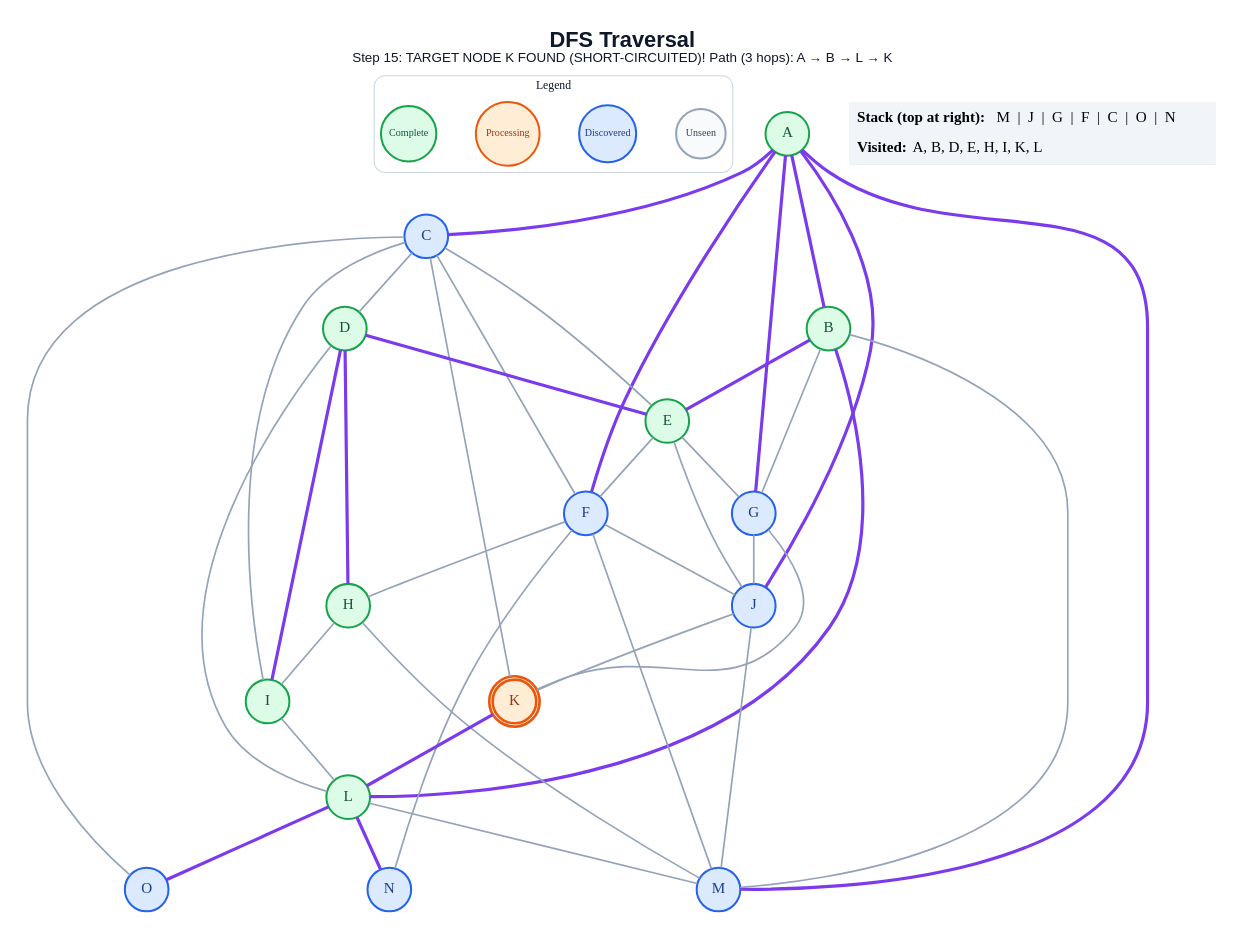
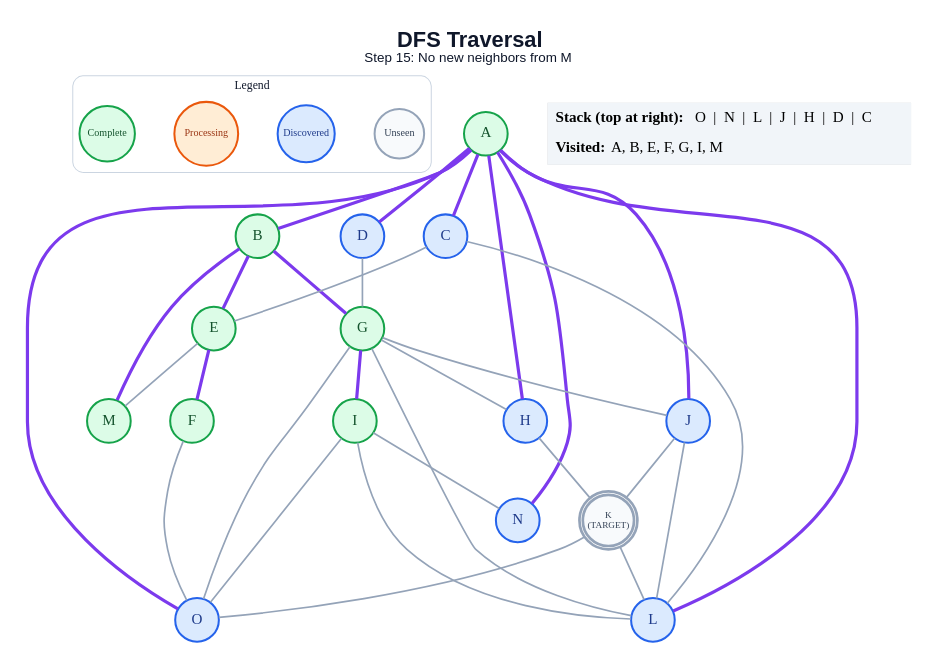
One commit to anon7238593-create/ai-slop changed the diagram in generated/short-circuit/dfs/step_15.dot. Above: the diagram before and after it, drawn with Graphviz. The commit also changed 288 other files, not shown here.

```diff
--- a/generated/short-circuit/dfs/step_15.dot
+++ b/generated/short-circuit/dfs/step_15.dot
@@ -1,72 +1,64 @@
 graph traversal {
   graph [layout=dot, rankdir=TB, bgcolor="#FFFFFF", pad="0.35", nodesep="0.65", ranksep="0.8", fontname="Arial"];
   node [shape=circle, style="filled", fontname="Arial Bold", fontsize=18, width=0.72, fixedsize=true, penwidth=2.4];
   edge [color="#94A3B8", penwidth=2.0];
-  label=<<B>DFS Traversal</B><BR/><FONT POINT-SIZE="16">Step 15: TARGET NODE K FOUND (SHORT-CIRCUITED)! Path (3 hops): A → B → L → K</FONT>>; labelloc="t"; fontsize=26; fontname="Arial"; fontcolor="#0F172A";
+  label=<<B>DFS Traversal</B><BR/><FONT POINT-SIZE="16">Step 15: No new neighbors from M</FONT>>; labelloc="t"; fontsize=26; fontname="Arial"; fontcolor="#0F172A";
   subgraph cluster_legend { label="Legend"; color="#CBD5E1"; penwidth=1.2; style="rounded"; fontsize=14; fontname="Arial Bold";
     key_unseen [label="Unseen", fillcolor="#F8FAFC", color="#94A3B8", fontcolor="#334155", fontsize=12, width=0.82];
     key_frontier [label="Discovered", fillcolor="#DBEAFE", color="#2563EB", fontcolor="#1E3A8A", fontsize=12, width=0.95];
     key_current [label="Processing", fillcolor="#FFEDD5", color="#EA580C", fontcolor="#9A3412", fontsize=12, width=1.05];
     key_done [label="Complete", fillcolor="#DCFCE7", color="#16A34A", fontcolor="#14532D", fontsize=12, width=0.92];
     { rank=same; key_unseen; key_frontier; key_current; key_done; }
   }
   A [label="A", fillcolor="#DCFCE7", color="#16A34A", fontcolor="#14532D", peripheries=1, penwidth=2.4];
   B [label="B", fillcolor="#DCFCE7", color="#16A34A", fontcolor="#14532D", peripheries=1, penwidth=2.4];
   C [label="C", fillcolor="#DBEAFE", color="#2563EB", fontcolor="#1E3A8A", peripheries=1, penwidth=2.4];
-  D [label="D", fillcolor="#DCFCE7", color="#16A34A", fontcolor="#14532D", peripheries=1, penwidth=2.4];
+  D [label="D", fillcolor="#DBEAFE", color="#2563EB", fontcolor="#1E3A8A", peripheries=1, penwidth=2.4];
   E [label="E", fillcolor="#DCFCE7", color="#16A34A", fontcolor="#14532D", peripheries=1, penwidth=2.4];
-  F [label="F", fillcolor="#DBEAFE", color="#2563EB", fontcolor="#1E3A8A", peripheries=1, penwidth=2.4];
-  G [label="G", fillcolor="#DBEAFE", color="#2563EB", fontcolor="#1E3A8A", peripheries=1, penwidth=2.4];
-  H [label="H", fillcolor="#DCFCE7", color="#16A34A", fontcolor="#14532D", peripheries=1, penwidth=2.4];
+  F [label="F", fillcolor="#DCFCE7", color="#16A34A", fontcolor="#14532D", peripheries=1, penwidth=2.4];
+  G [label="G", fillcolor="#DCFCE7", color="#16A34A", fontcolor="#14532D", peripheries=1, penwidth=2.4];
+  H [label="H", fillcolor="#DBEAFE", color="#2563EB", fontcolor="#1E3A8A", peripheries=1, penwidth=2.4];
   I [label="I", fillcolor="#DCFCE7", color="#16A34A", fontcolor="#14532D", peripheries=1, penwidth=2.4];
   J [label="J", fillcolor="#DBEAFE", color="#2563EB", fontcolor="#1E3A8A", peripheries=1, penwidth=2.4];
-  K [label="K", fillcolor="#FFEDD5", color="#EA580C", fontcolor="#9A3412", peripheries=2, penwidth=3.2];
-  L [label="L", fillcolor="#DCFCE7", color="#16A34A", fontcolor="#14532D", peripheries=1, penwidth=2.4];
-  M [label="M", fillcolor="#DBEAFE", color="#2563EB", fontcolor="#1E3A8A", peripheries=1, penwidth=2.4];
+  K [label="K\n(TARGET)", fillcolor="#F8FAFC", color="#94A3B8", fontcolor="#334155", peripheries=2, penwidth=3.2, fontsize=11, width=0.85, height=0.85];
+  L [label="L", fillcolor="#DBEAFE", color="#2563EB", fontcolor="#1E3A8A", peripheries=1, penwidth=2.4];
+  M [label="M", fillcolor="#DCFCE7", color="#16A34A", fontcolor="#14532D", peripheries=1, penwidth=2.4];
   N [label="N", fillcolor="#DBEAFE", color="#2563EB", fontcolor="#1E3A8A", peripheries=1, penwidth=2.4];
   O [label="O", fillcolor="#DBEAFE", color="#2563EB", fontcolor="#1E3A8A", peripheries=1, penwidth=2.4];
   A -- B [color="#7C3AED", penwidth=3.8];
   A -- C [color="#7C3AED", penwidth=3.8];
-  A -- F [color="#7C3AED", penwidth=3.8];
-  A -- G [color="#7C3AED", penwidth=3.8];
+  A -- D [color="#7C3AED", penwidth=3.8];
+  A -- H [color="#7C3AED", penwidth=3.8];
   A -- J [color="#7C3AED", penwidth=3.8];
-  A -- M [color="#7C3AED", penwidth=3.8];
+  A -- L [color="#7C3AED", penwidth=3.8];
+  A -- N [color="#7C3AED", penwidth=3.8];
+  A -- O [color="#7C3AED", penwidth=3.8];
   B -- E [color="#7C3AED", penwidth=3.8];
-  B -- G;
-  B -- L [color="#7C3AED", penwidth=3.8];
-  B -- M;
-  C -- D;
+  B -- G [color="#7C3AED", penwidth=3.8];
+  B -- M [color="#7C3AED", penwidth=3.8];
   C -- E;
-  C -- F;
-  C -- I;
-  C -- K;
-  C -- O;
-  D -- E [color="#7C3AED", penwidth=3.8];
-  D -- H [color="#7C3AED", penwidth=3.8];
-  D -- I [color="#7C3AED", penwidth=3.8];
-  D -- L;
-  E -- F;
-  E -- G;
-  E -- J;
-  F -- H;
-  F -- J;
-  F -- M;
-  F -- N;
+  C -- L;
+  D -- G;
+  E -- F [color="#7C3AED", penwidth=3.8];
+  E -- M;
+  F -- O;
+  G -- H;
+  G -- I [color="#7C3AED", penwidth=3.8];
   G -- J;
-  G -- K;
-  H -- I;
-  H -- M;
+  G -- L;
+  G -- O;
+  H -- K;
   I -- L;
+  I -- N;
+  I -- O;
   J -- K;
-  J -- M;
-  K -- L [color="#7C3AED", penwidth=3.8];
-  L -- M;
-  L -- N [color="#7C3AED", penwidth=3.8];
-  L -- O [color="#7C3AED", penwidth=3.8];
+  J -- L;
+  K -- L;
+  K -- O;
   status [shape=plain, fixedsize=false, width=0, height=0, margin=0, label=<
     <TABLE BORDER="0" CELLBORDER="0" CELLPADDING="7" BGCOLOR="#F1F5F9">
-      <TR><TD ALIGN="LEFT"><B>Stack (top at right):</B> M  |  J  |  G  |  F  |  C  |  O  |  N</TD></TR>
-      <TR><TD ALIGN="LEFT"><B>Visited:</B> A, B, D, E, H, I, K, L</TD></TR>
+      <TR><TD ALIGN="LEFT"><B>Stack (top at right):</B> O  |  N  |  L  |  J  |  H  |  D  |  C</TD></TR>
+      <TR><TD ALIGN="LEFT"><B>Visited:</B> A, B, E, F, G, I, M</TD></TR>
     </TABLE>
   >];
 }
```
